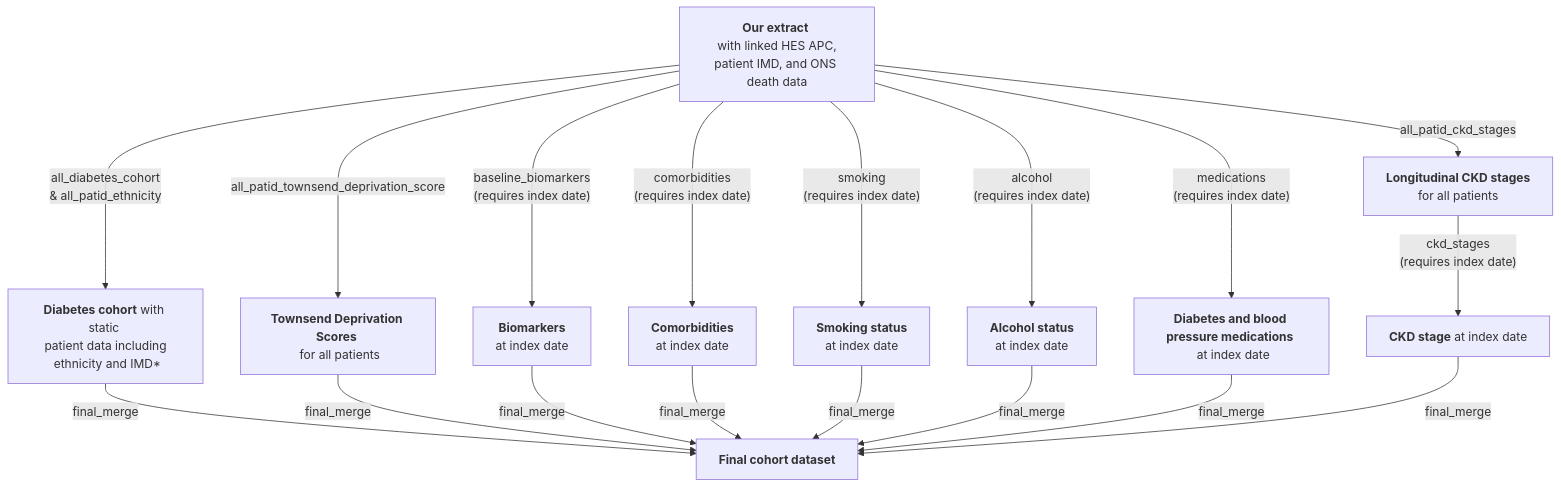
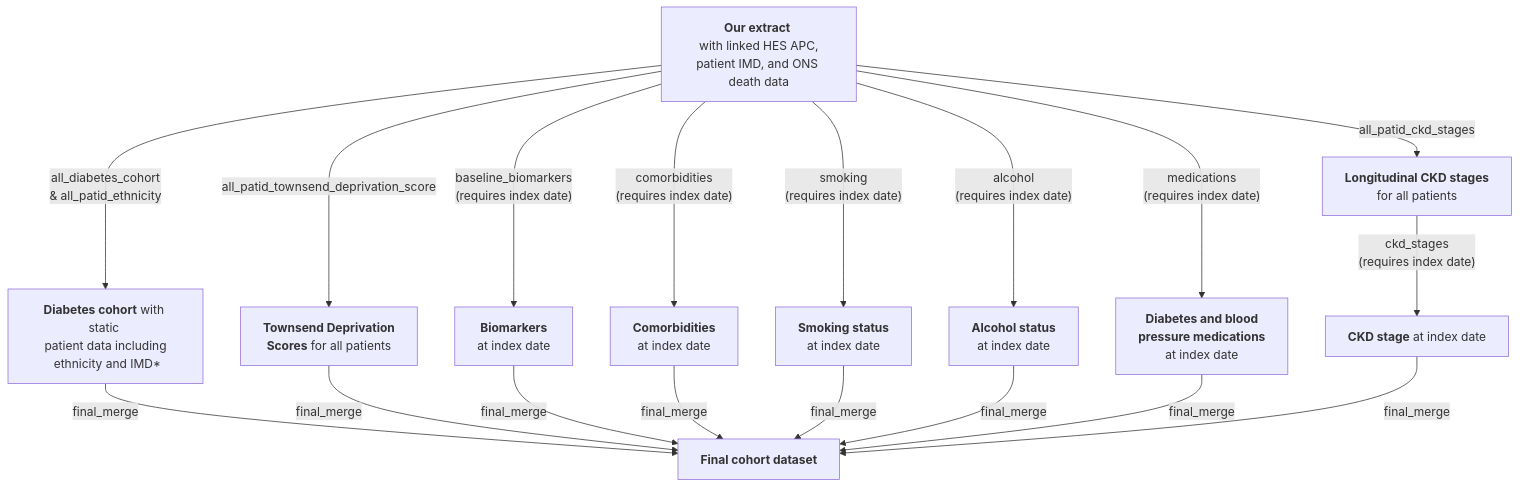
Before and after one commit to Exeter-Diabetes/CPRD-Cohort-scripts: the diagram in 02-Prevalent/README.md, drawn with Mermaid.

````diff
--- a/02-Prevalent/README.md
+++ b/02-Prevalent/README.md
@@ -11,20 +11,20 @@
 ```mermaid
 graph TD;
     A["<b>Our extract</b> <br> with linked HES APC, patient IMD, and ONS death data"] --> |"all_diabetes_cohort <br> & all_patid_ethnicity"|B["<b>Diabetes cohort</b> with static <br> patient data including <br> ethnicity and IMD*"]
     A-->|"all_patid_ckd_stages"|C["<b>Longitudinal CKD stages</b> <br> for all patients"]
-    A-->|"all_patid_townsend_deprivation_score"|D["<b>Townsend Deprivation Scores</b> <br> for all patients"]
+    A-->|"all_patid_townsend_deprivation_score"|D["<b>Townsend Deprivation <br> Scores</b> for all patients"]
     A-->|"baseline_biomarkers <br> (requires index date)"|E["<b>Biomarkers</b> <br> at index date"]
     A-->|"comorbidities <br> (requires index date)"|F["<b>Comorbidities</b> <br> at index date"]
     A-->|"smoking <br> (requires index date)"|G["<b>Smoking status</b> <br> at index date"]
     A-->|"alcohol <br> (requires index date)"|H["<b>Alcohol status</b> <br> at index date"]
-    A-->|"medications <br> (requires index date)"|K["<b>Diabetes and blood pressure medications</b> <br> at index date"]
+    A-->|"medications <br> (requires index date)"|K["<b>Diabetes and blood <br> pressure medications</b> <br> at index date"]
     C-->|"ckd_stages <br> (requires index date)"|I["<b>CKD stage</b <br> at index date"]
     B-->|"final_merge"|J["<b>Final cohort dataset</b>"]
     D-->|"final_merge"|J
     E-->|"final_merge"|J
     F-->|"final_merge"|J
     G-->|"final_merge"|J
     H-->|"final_merge"|J
     K-->|"final_merge"|J
     I-->|"final_merge"|J    
 ```
````
